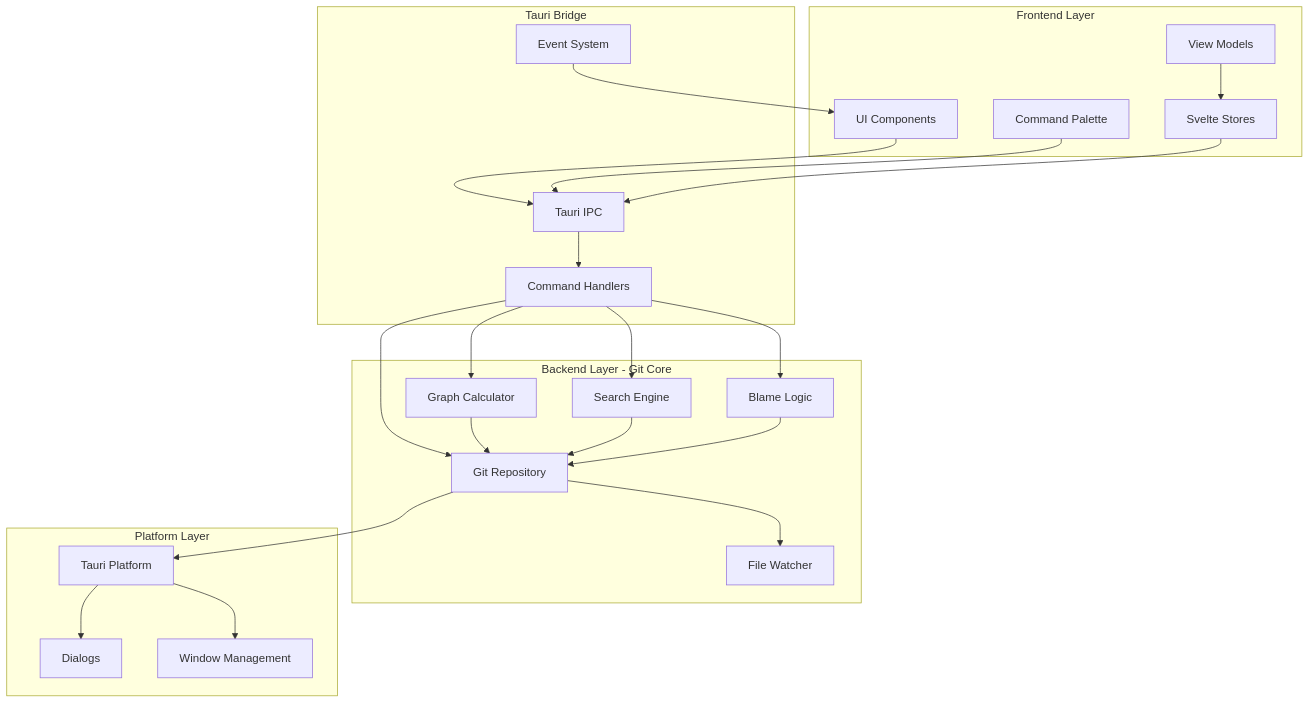
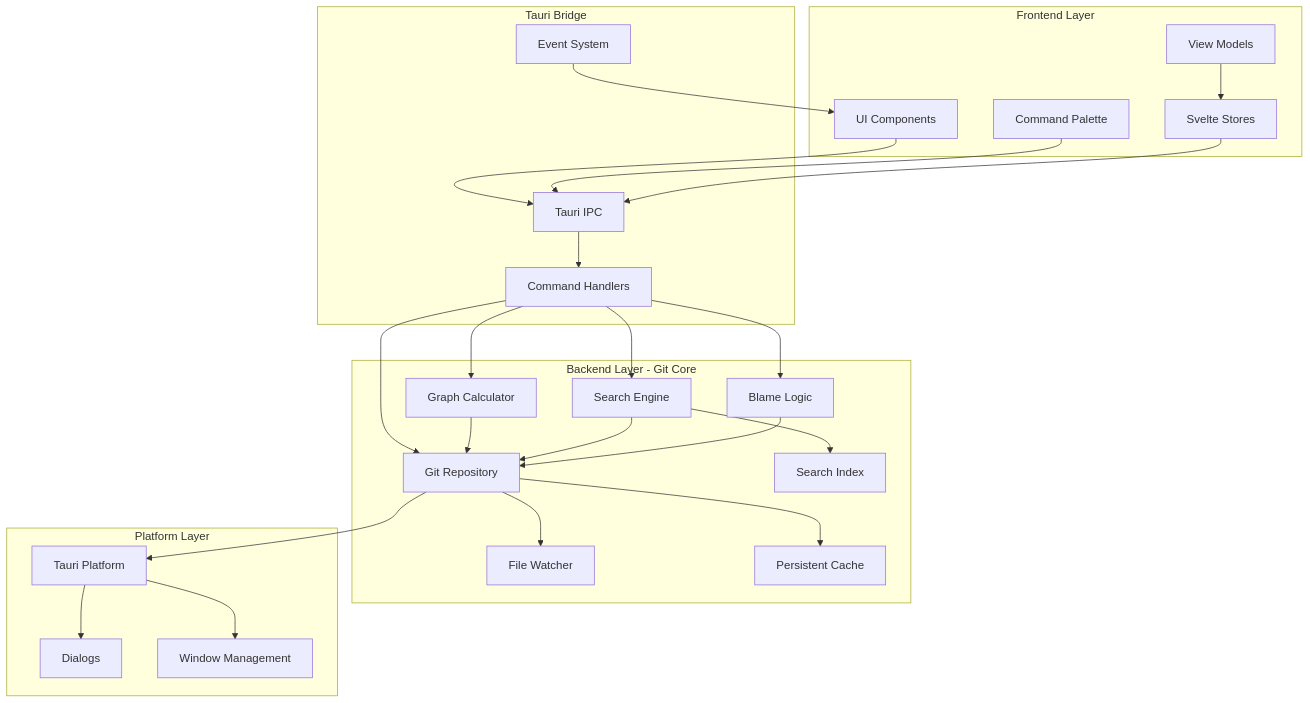
Before and after one commit to yangsx/gitv: the first of 2 diagrams in design.md, drawn with Mermaid. The commit also changed other lines of this file and 2 other files, not shown here.

````diff
--- a/design.md
+++ b/design.md
@@ -32,51 +35,55 @@
 ```mermaid
 graph TB
     subgraph "Frontend Layer"
         UI[UI Components]
         CP[Command Palette]
         VM[View Models]
         SS[Svelte Stores]
     end
 
     subgraph "Tauri Bridge"
         IPC[Tauri IPC]
         CM[Command Handlers]
         ES[Event System]
     end
 
     subgraph "Backend Layer - Git Core"
         GR[Git Repository]
         GC[Graph Calculator]
         SE[Search Engine]
         BL[Blame Logic]
         FS[File Watcher]
+        PC[Persistent Cache]
+        IX[Search Index]
     end
 
     subgraph "Platform Layer"
         TP[Tauri Platform]
         DL[Dialogs]
         WN[Window Management]
     end
 
     UI --> IPC
     CP --> IPC
     VM --> SS
     SS --> IPC
 
     IPC --> CM
     CM --> GR
     CM --> GC
     CM --> SE
     CM --> BL
 
     ES --> UI
 
     GR --> FS
     GR --> TP
+    GR --> PC
     GC --> GR
     SE --> GR
+    SE --> IX
     BL --> GR
 
     TP --> DL
     TP --> WN
 ```
````
